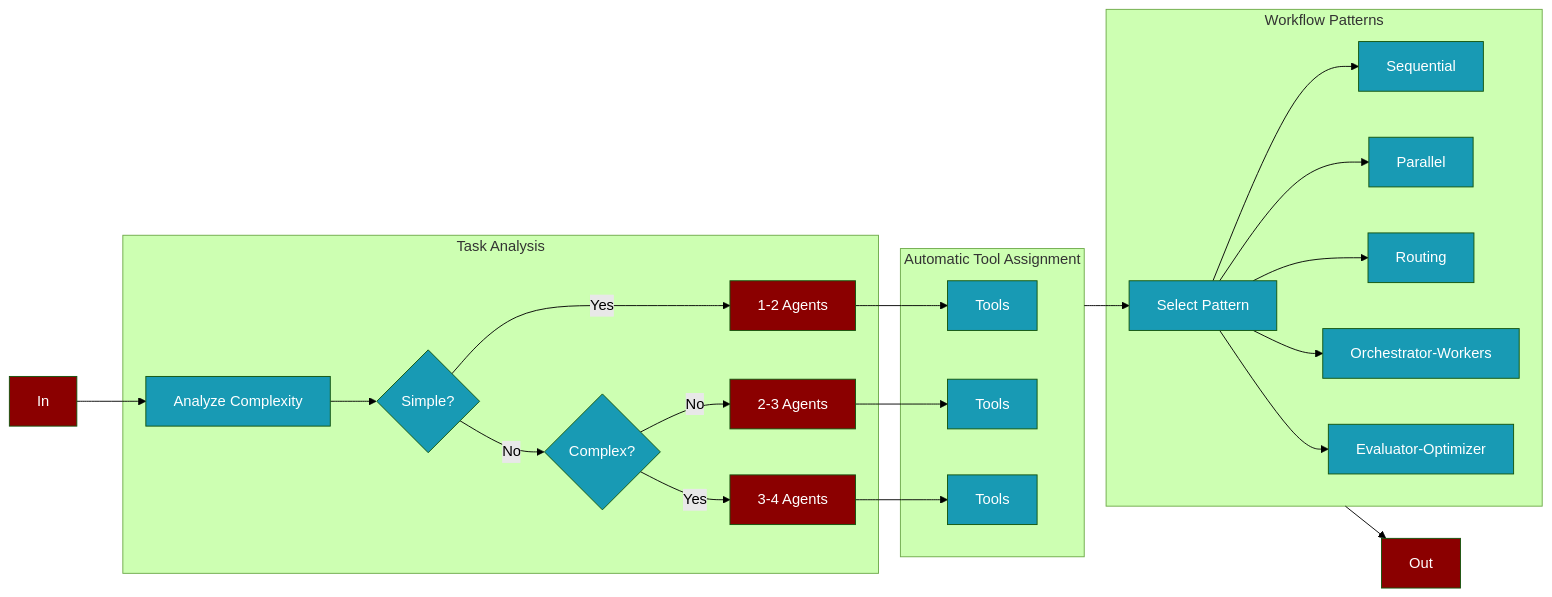
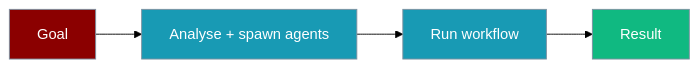
One commit to MervinPraison/PraisonAIDocs changed the first of 3 diagrams in docs/features/autoagents.mdx. Above: the diagram before and after it, drawn with Mermaid (forest theme). The commit also changed other lines of this file and 9 other files, not shown here.

````diff
--- a/docs/features/autoagents.mdx
+++ b/docs/features/autoagents.mdx
@@ -19,36 +19,13 @@
 ```mermaid
-flowchart LR
-    In[In] --> Analyze[Analyze Complexity]
-    
-    subgraph Analysis[Task Analysis]
-        Analyze --> Simple{Simple?}
-        Simple -->|Yes| Agent1[1-2 Agents]
-        Simple -->|No| Complex{Complex?}
-        Complex -->|Yes| Agent3[3-4 Agents]
-        Complex -->|No| Agent2[2-3 Agents]
-    end
-    
-    subgraph Tools[Automatic Tool Assignment]
-        Agent1 --> Tool1[Tools]
-        Agent2 --> Tool2[Tools]
-        Agent3 --> Tool3[Tools]
-    end
-    
-    Tools --> Pattern[Select Pattern]
-    
-    subgraph Patterns[Workflow Patterns]
-        Pattern --> Seq[Sequential]
-        Pattern --> Par[Parallel]
-        Pattern --> Route[Routing]
-        Pattern --> Orch[Orchestrator-Workers]
-        Pattern --> Eval[Evaluator-Optimizer]
-    end
-    
-    Patterns --> Out[Out]
-    
-    classDef agent fill:#8B0000,color:#fff
-    classDef tool fill:#189AB4,color:#fff
-    
-    class Agent1,Agent2,Agent3,In,Out agent
-    class Analyze,Simple,Complex,Tool1,Tool2,Tool3,Pattern,Seq,Par,Route,Orch,Eval tool
+graph LR
+    In[Goal] --> Analyze[Analyse + spawn agents]
+    Analyze --> Execute[Run workflow]
+    Execute --> Out[Result]
+
+    classDef input fill:#8B0000,stroke:#7C90A0,color:#fff
+    classDef process fill:#189AB4,stroke:#7C90A0,color:#fff
+    classDef output fill:#10B981,stroke:#7C90A0,color:#fff
+    class In input
+    class Analyze,Execute process
+    class Out output
 ```
````
